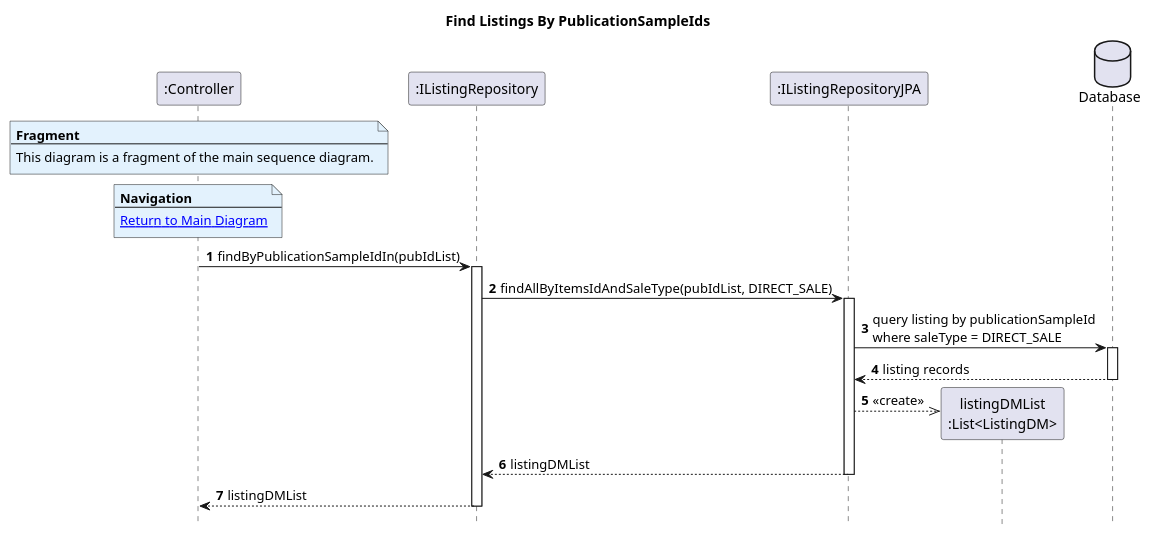
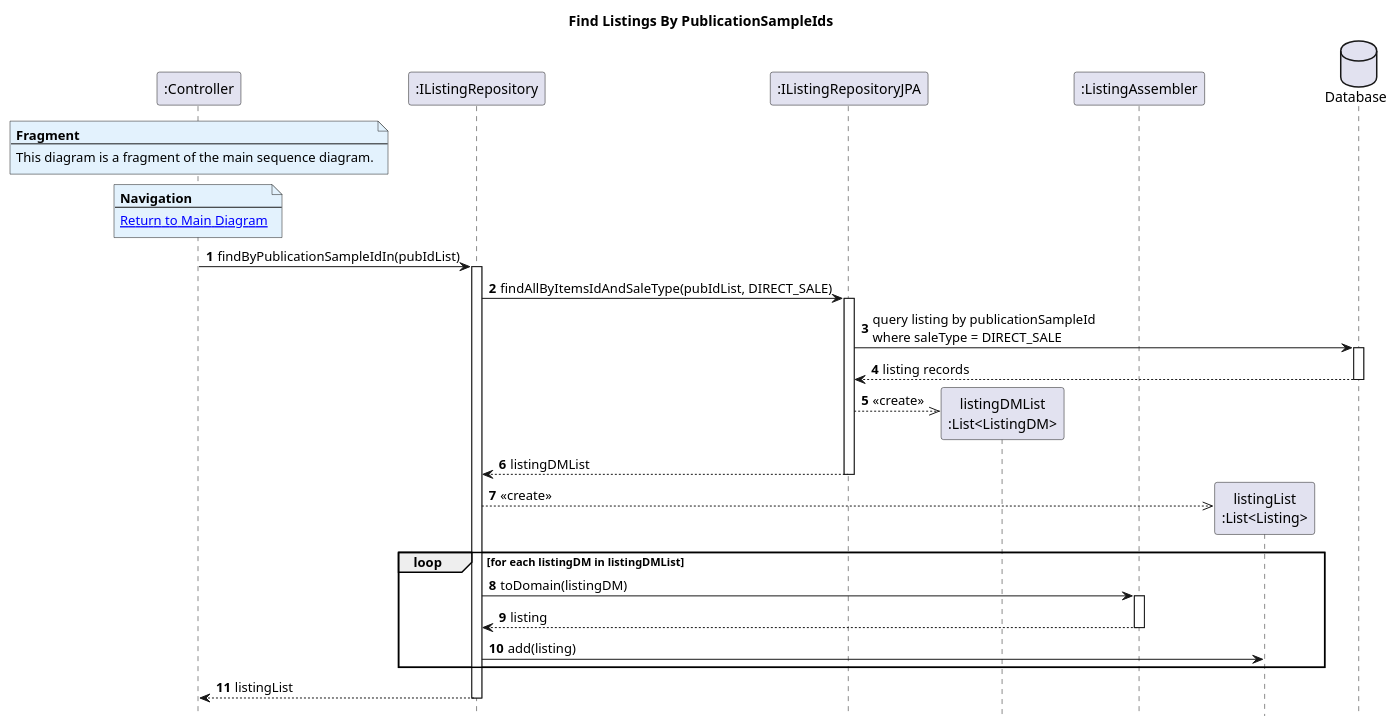
The diagram in Diagrams/SequenceDiagrams/N2/To-get-the-list-of-items-on-direct-sale-of-a-given-author/5.FindListingsByPublicationSampleIds.puml (AndrePereiraGitH/SWitCH-Project-Team_A), drawn with PlantUML before and after one commit. The commit also changed 4 other files, not shown here.

```diff
--- a/Diagrams/SequenceDiagrams/N2/To-get-the-list-of-items-on-direct-sale-of-a-given-author/5.FindListingsByPublicationSampleIds.puml
+++ b/Diagrams/SequenceDiagrams/N2/To-get-the-list-of-items-on-direct-sale-of-a-given-author/5.FindListingsByPublicationSampleIds.puml
@@ -1,44 +1,55 @@
 @startuml
 hide footbox
 autonumber
 title Find Listings By PublicationSampleIds
 
 participant ":Controller" as Ctrl
 participant ":IListingRepository" as listingRepo
 participant ":IListingRepositoryJPA" as listingRepoJPA
 participant "listingDMList\n:List<ListingDM>" as listingDMList
+participant ":ListingAssembler" as assembler
+participant "listingList\n:List<Listing>" as listingList
 
 database "Database" as db
 
 note over Ctrl #E3F2FD
 <b>Fragment</b>
 ---
 This diagram is a fragment of the main sequence diagram.
 end note
 
 note over Ctrl #E3F2FD
 <b>Navigation</b>
 ---
 [[1.MainDiagram.puml Return to Main Diagram]]
 end note
 
 Ctrl -> listingRepo : findByPublicationSampleIdIn(pubIdList)
 activate listingRepo
 
 listingRepo -> listingRepoJPA : findAllByItemsIdAndSaleType(pubIdList, DIRECT_SALE)
 activate listingRepoJPA
 
 listingRepoJPA -> db : query listing by publicationSampleId\nwhere saleType = DIRECT_SALE
 activate db
 db --> listingRepoJPA : listing records
 deactivate db
 
 listingRepoJPA -->> listingDMList ** : <<create>>
 listingRepoJPA --> listingRepo : listingDMList
 deactivate listingRepoJPA
 
-listingRepo --> Ctrl : listingDMList
+listingRepo -->> listingList ** : <<create>>
 
+loop for each listingDM in listingDMList
+    listingRepo -> assembler : toDomain(listingDM)
+    activate assembler
+    assembler --> listingRepo : listing
+    deactivate assembler
+    listingRepo -> listingList : add(listing)
+end
+
+listingRepo --> Ctrl : listingList
 deactivate listingRepo
 
 @enduml
```
